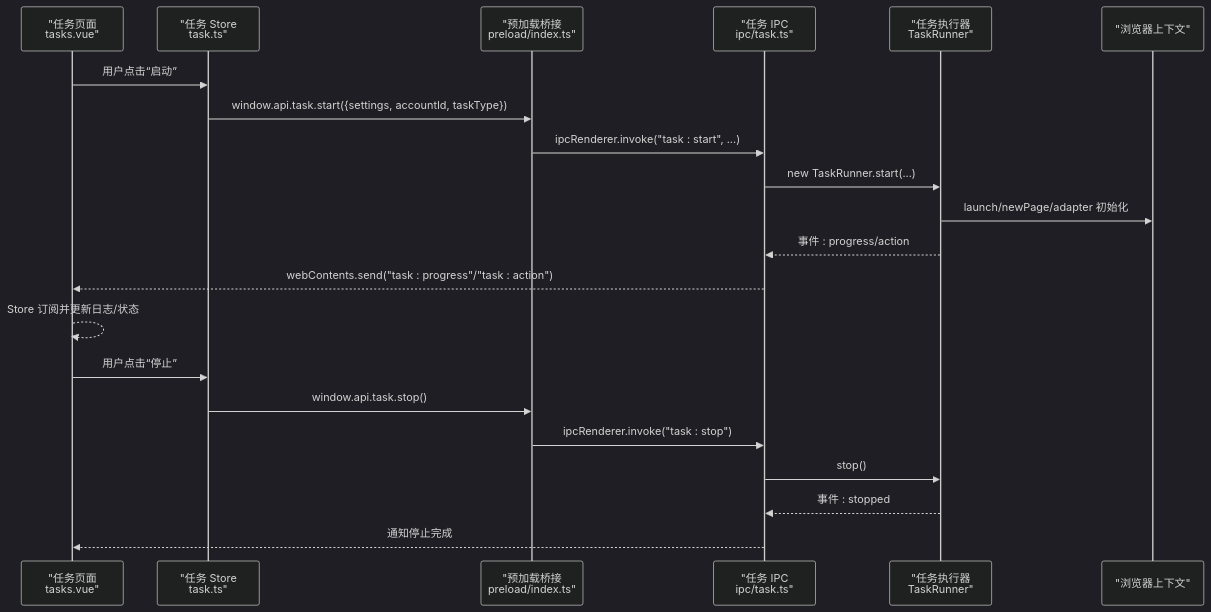
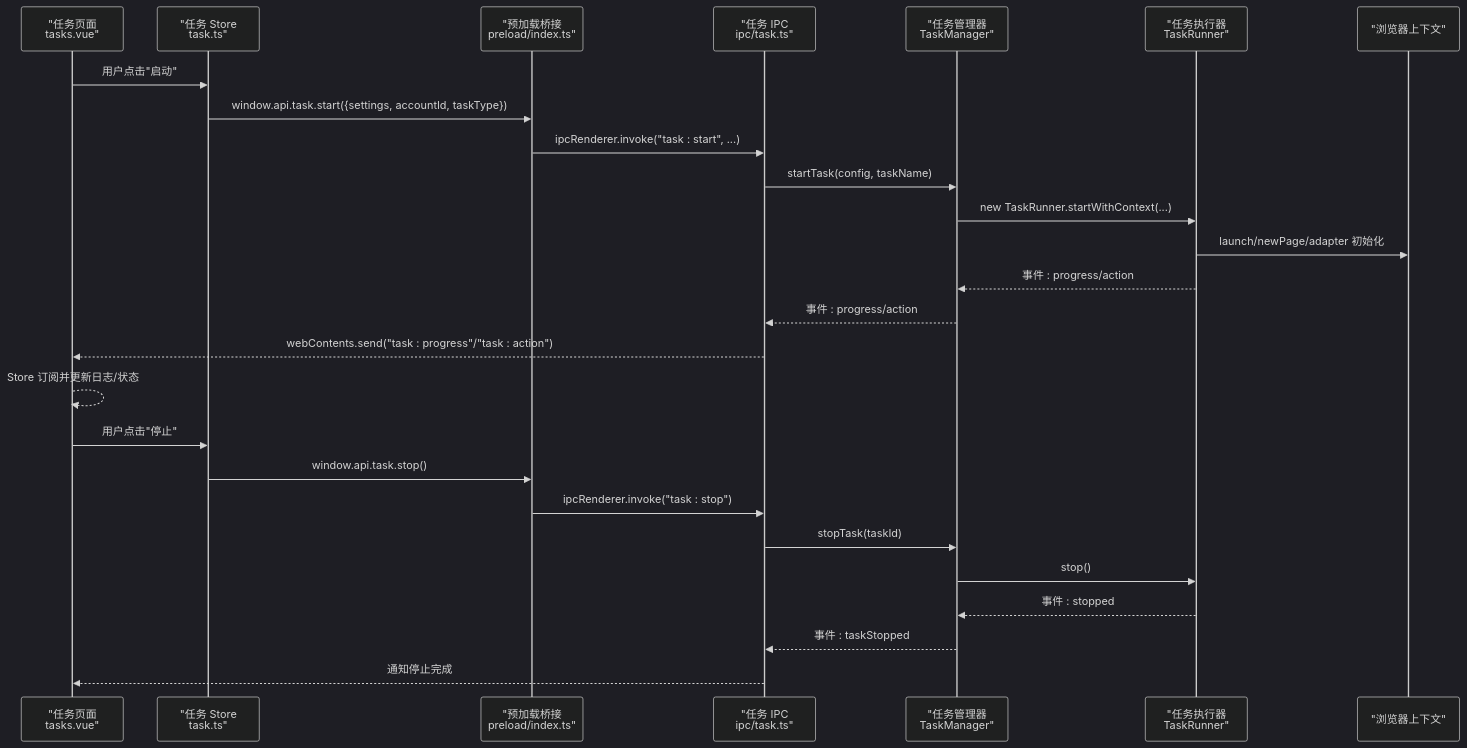
One commit to hipig/autoOps changed the second of 6 diagrams in .qoder/repowiki/zh/content/状态管理/任务状态管理.md. Above: the diagram before and after it, drawn with Mermaid (dark theme). The commit also changed other lines of this file and 37 other files, not shown here.

````diff
--- a/.qoder/repowiki/zh/content/状态管理/任务状态管理.md
+++ b/.qoder/repowiki/zh/content/状态管理/任务状态管理.md
@@ -126,23 +145,28 @@
 ```mermaid
 sequenceDiagram
 participant UI as "任务页面<br/>tasks.vue"
 participant Store as "任务 Store<br/>task.ts"
 participant Preload as "预加载桥接<br/>preload/index.ts"
 participant MainIPC as "任务 IPC<br/>ipc/task.ts"
+participant Manager as "任务管理器<br/>TaskManager"
 participant Runner as "任务执行器<br/>TaskRunner"
 participant Browser as "浏览器上下文"
-UI->>Store : 用户点击“启动”
+UI->>Store : 用户点击"启动"
 Store->>Preload : window.api.task.start({settings, accountId, taskType})
 Preload->>MainIPC : ipcRenderer.invoke("task : start", ...)
-MainIPC->>Runner : new TaskRunner.start(...)
+MainIPC->>Manager : startTask(config, taskName)
+Manager->>Runner : new TaskRunner.startWithContext(...)
 Runner->>Browser : launch/newPage/adapter 初始化
-Runner-->>MainIPC : 事件 : progress/action
+Runner-->>Manager : 事件 : progress/action
+Manager-->>MainIPC : 事件 : progress/action
 MainIPC-->>UI : webContents.send("task : progress"/"task : action")
 UI-->>UI : Store 订阅并更新日志/状态
-UI->>Store : 用户点击“停止”
+UI->>Store : 用户点击"停止"
 Store->>Preload : window.api.task.stop()
 Preload->>MainIPC : ipcRenderer.invoke("task : stop")
-MainIPC->>Runner : stop()
-Runner-->>MainIPC : 事件 : stopped
+MainIPC->>Manager : stopTask(taskId)
+Manager->>Runner : stop()
+Runner-->>Manager : 事件 : stopped
+Manager-->>MainIPC : 事件 : taskStopped
 MainIPC-->>UI : 通知停止完成
 ```
````
